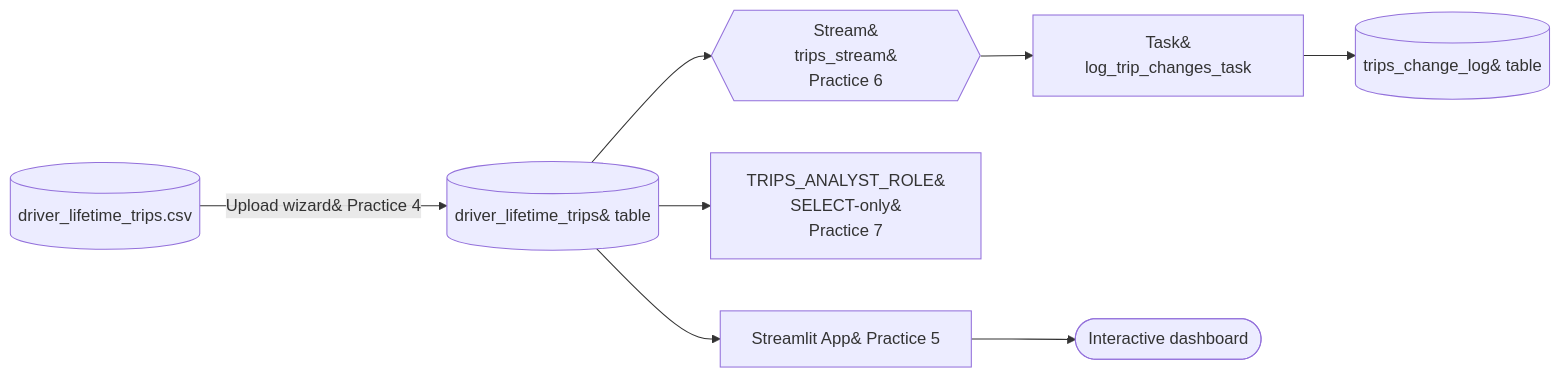
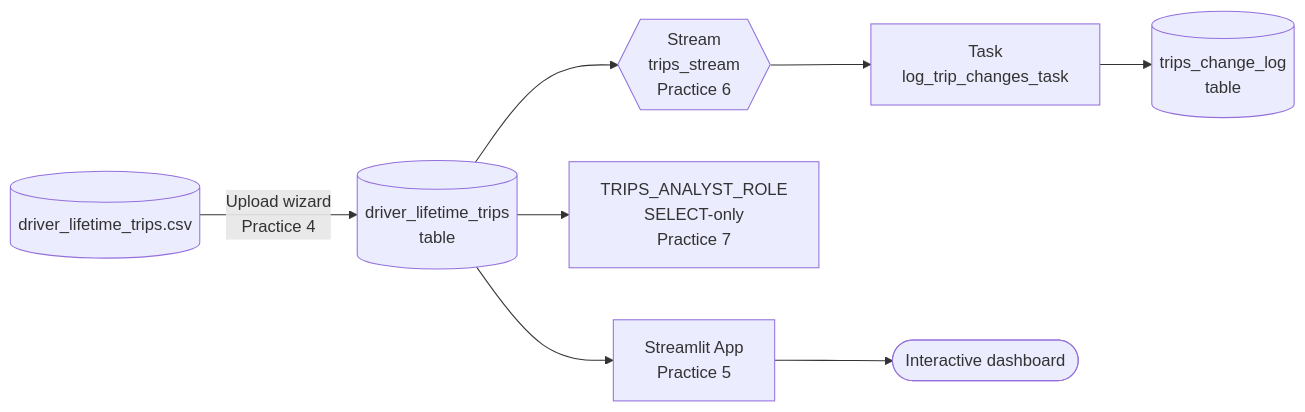
The diagram in README.md (evgeniimatveev/Snowflake-A-Z), drawn with Mermaid before and after one commit.

Commit message:
Fix mermaid diagram line breaks (use <br/> instead of &#10;)

````diff
--- a/README.md
+++ b/README.md
@@ -30,10 +30,10 @@
 ```mermaid
 flowchart LR
-    A[("driver_lifetime_trips.csv")] -->|"Upload wizard&#10;Practice 4"| B[("driver_lifetime_trips&#10;table")]
-    B --> C{{"Stream&#10;trips_stream&#10;Practice 6"}}
-    C --> D["Task&#10;log_trip_changes_task"]
-    D --> E[("trips_change_log&#10;table")]
-    B --> F["TRIPS_ANALYST_ROLE&#10;SELECT-only&#10;Practice 7"]
-    B --> G["Streamlit App&#10;Practice 5"]
+    A[("driver_lifetime_trips.csv")] -->|"Upload wizard<br/>Practice 4"| B[("driver_lifetime_trips<br/>table")]
+    B --> C{{"Stream<br/>trips_stream<br/>Practice 6"}}
+    C --> D["Task<br/>log_trip_changes_task"]
+    D --> E[("trips_change_log<br/>table")]
+    B --> F["TRIPS_ANALYST_ROLE<br/>SELECT-only<br/>Practice 7"]
+    B --> G["Streamlit App<br/>Practice 5"]
     G --> H(["Interactive dashboard"])
 ```
````
